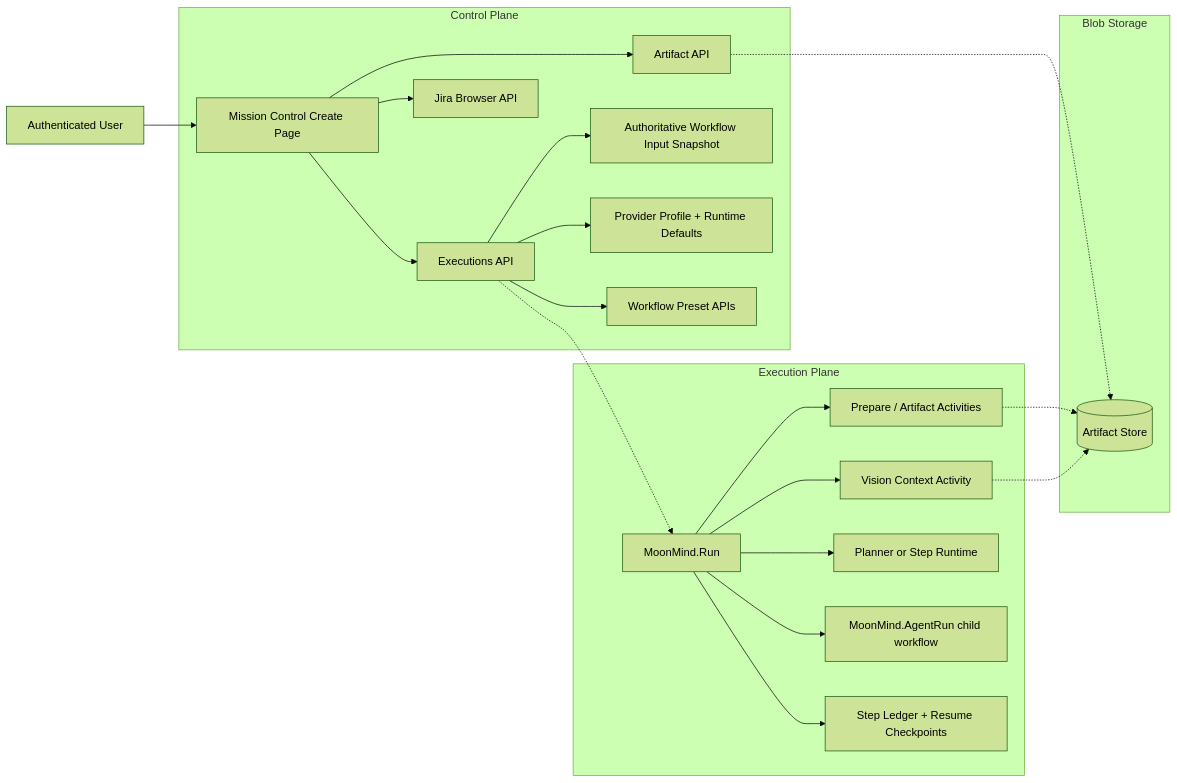
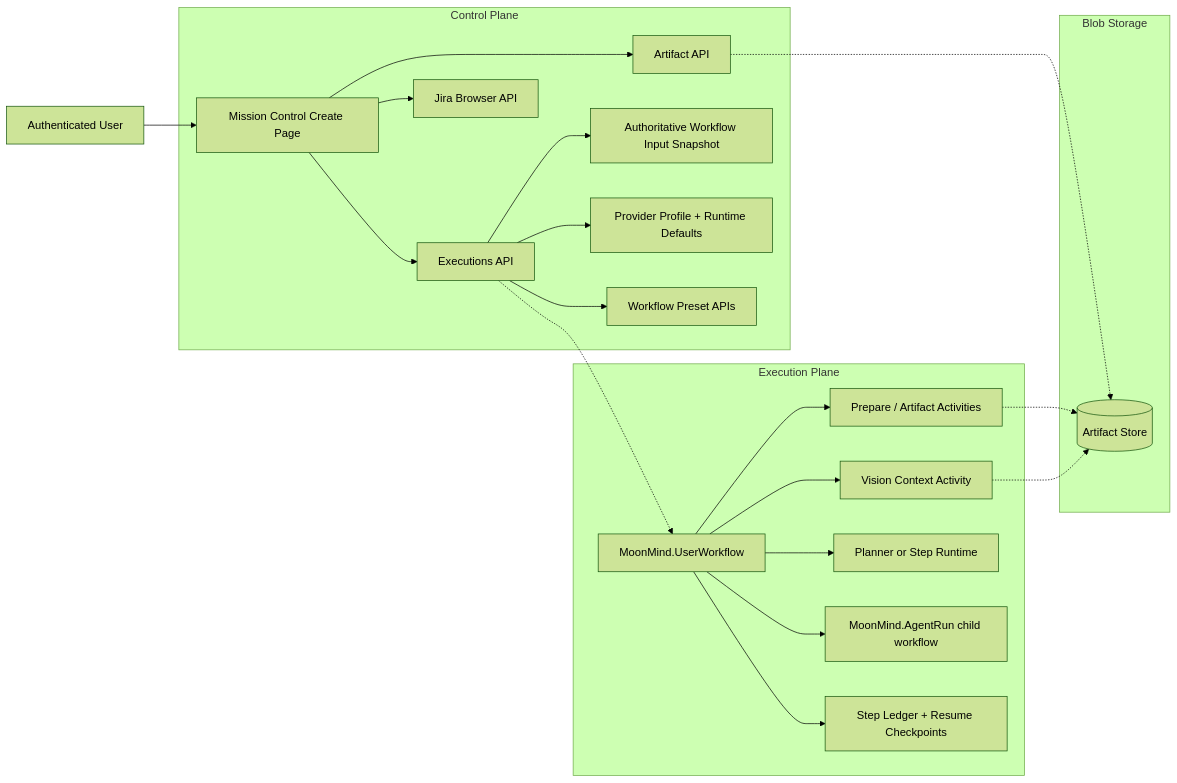
The diagram in docs/Workflows/WorkflowArchitecture.md (MoonLadderStudios/MoonMind), drawn with Mermaid (forest theme) before and after one commit. The commit also changed other lines of this file and 259 other files, not shown here.

````diff
--- a/docs/Workflows/WorkflowArchitecture.md
+++ b/docs/Workflows/WorkflowArchitecture.md
@@ -116,28 +116,28 @@
 ```mermaid
 flowchart LR
     U[Authenticated User] --> UI[Mission Control Create Page]
 
     subgraph Control Plane
         UI --> API[Executions API]
         UI --> ART[Artifact API]
         UI --> JIRA[Jira Browser API]
         API --> SNAP[Authoritative Workflow Input Snapshot]
         API --> PROF[Provider Profile + Runtime Defaults]
         API --> PRESETS[Workflow Preset APIs]
     end
 
     subgraph Execution Plane
-        API -.-> RUN[MoonMind.Run]
+        API -.-> RUN[MoonMind.UserWorkflow]
         RUN --> PREP[Prepare / Artifact Activities]
         RUN --> VISION[Vision Context Activity]
         RUN --> STEP[Planner or Step Runtime]
         RUN --> CHILD[MoonMind.AgentRun child workflow]
         RUN --> CKPT[Step Ledger + Resume Checkpoints]
     end
 
     subgraph Blob Storage
         ART -.-> S3[(Artifact Store)]
         PREP -.-> S3
         VISION -.-> S3
     end
 ```
````
